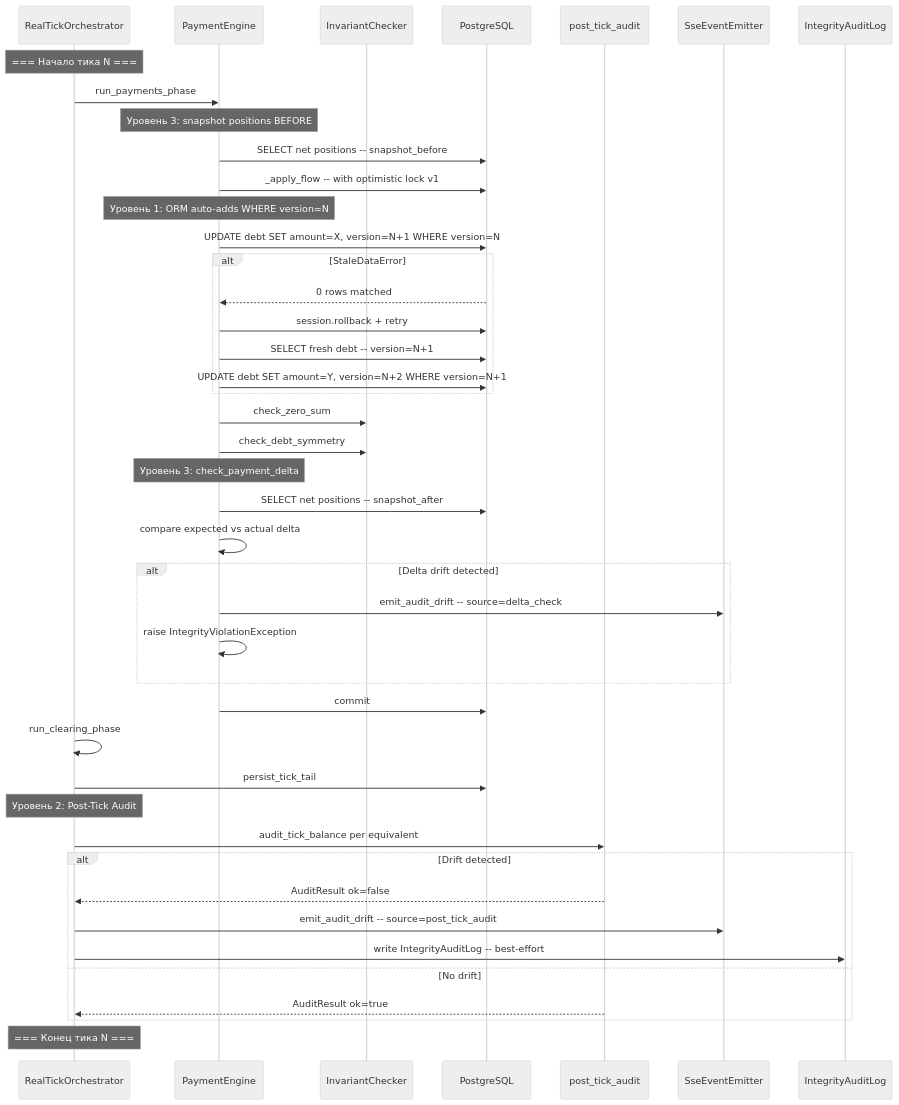
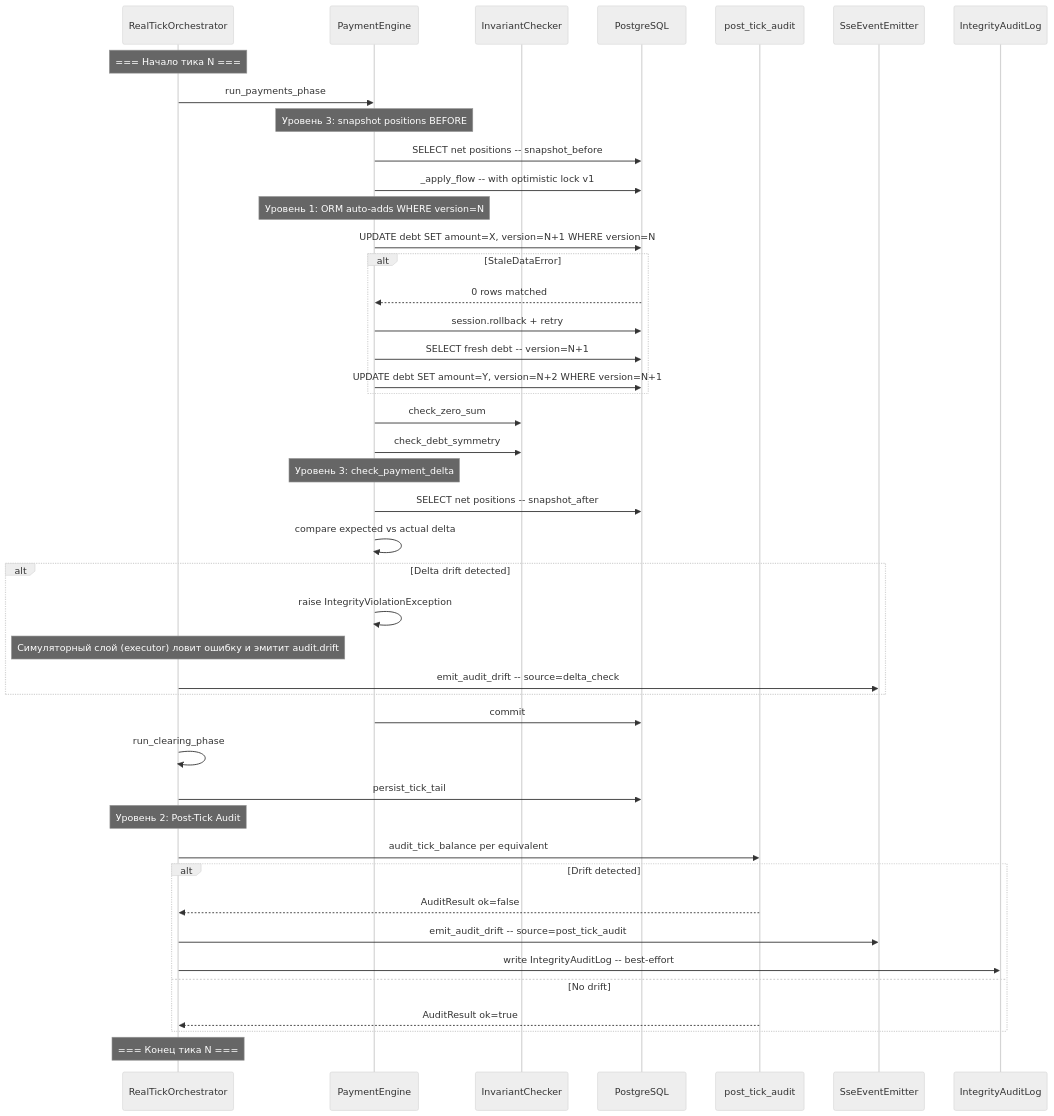
The fifth of 5 diagrams in docs/ru/simulator/backend/concurrent-payments-fix-spec.md (slawa19/GEOv0), drawn with Mermaid (neutral theme) before and after one commit. The commit also changed other lines of this file and 18 other files, not shown here.

````diff
--- a/docs/ru/simulator/backend/concurrent-payments-fix-spec.md
+++ b/docs/ru/simulator/backend/concurrent-payments-fix-spec.md
@@ -844,61 +869,62 @@
 ```mermaid
 sequenceDiagram
     participant Orch as RealTickOrchestrator
     participant PayEng as PaymentEngine
     participant Inv as InvariantChecker
     participant DB as PostgreSQL
     participant Audit as post_tick_audit
     participant SSE as SseEventEmitter
     participant Log as IntegrityAuditLog
 
     Note over Orch: === Начало тика N ===
 
     Orch->>PayEng: run_payments_phase
     Note over PayEng: Уровень 3: snapshot positions BEFORE
 
     PayEng->>DB: SELECT net positions -- snapshot_before
     PayEng->>DB: _apply_flow -- with optimistic lock v1
 
     Note over PayEng: Уровень 1: ORM auto-adds WHERE version=N
 
     PayEng->>DB: UPDATE debt SET amount=X, version=N+1 WHERE version=N
 
     alt StaleDataError
         DB-->>PayEng: 0 rows matched
         PayEng->>DB: session.rollback + retry
         PayEng->>DB: SELECT fresh debt -- version=N+1
         PayEng->>DB: UPDATE debt SET amount=Y, version=N+2 WHERE version=N+1
     end
 
     PayEng->>Inv: check_zero_sum
     PayEng->>Inv: check_debt_symmetry
 
     Note over PayEng: Уровень 3: check_payment_delta
 
     PayEng->>DB: SELECT net positions -- snapshot_after
     PayEng->>PayEng: compare expected vs actual delta
 
     alt Delta drift detected
-        PayEng->>SSE: emit_audit_drift -- source=delta_check
         PayEng->>PayEng: raise IntegrityViolationException
+        Note over Orch: Симуляторный слой (executor) ловит ошибку и эмитит audit.drift
+        Orch->>SSE: emit_audit_drift -- source=delta_check
     end
 
     PayEng->>DB: commit
 
     Orch->>Orch: run_clearing_phase
     Orch->>DB: persist_tick_tail
 
     Note over Orch: Уровень 2: Post-Tick Audit
 
     Orch->>Audit: audit_tick_balance per equivalent
 
     alt Drift detected
         Audit-->>Orch: AuditResult ok=false
         Orch->>SSE: emit_audit_drift -- source=post_tick_audit
         Orch->>Log: write IntegrityAuditLog -- best-effort
     else No drift
         Audit-->>Orch: AuditResult ok=true
     end
 
     Note over Orch: === Конец тика N ===
 ```
````
